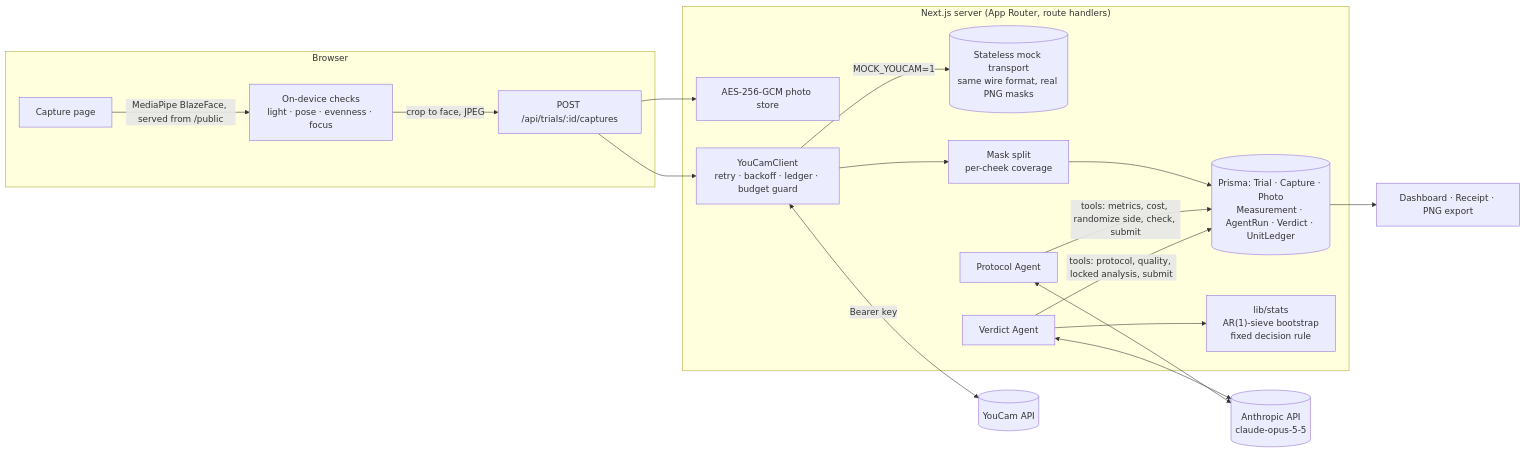
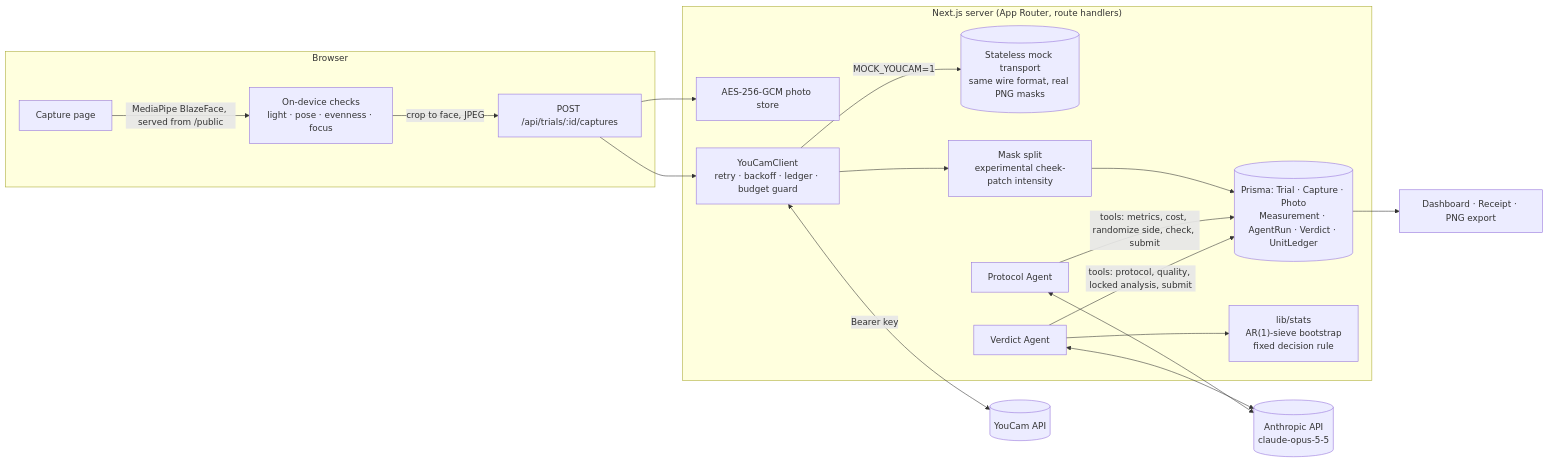
One commit to Metrix187/receipts-skincare-trials changed the diagram in README.md. Above: the diagram before and after it, drawn with Mermaid. The commit also changed other lines of this file and 7 other files, not shown here.

````diff
--- a/README.md
+++ b/README.md
@@ -54,21 +54,21 @@
 ```mermaid
 flowchart LR
   subgraph Browser
     A[Capture page] -->|"MediaPipe BlazeFace, served from /public"| B["On-device checks<br/>light · pose · evenness · focus"]
     B -->|crop to face, JPEG| C["POST /api/trials/:id/captures"]
   end
   subgraph "Next.js server (App Router, route handlers)"
     C --> D[AES-256-GCM photo store]
     C --> E["YouCamClient<br/>retry · backoff · ledger · budget guard"]
     E -->|MOCK_YOUCAM=1| M[("Stateless mock transport<br/>same wire format, real PNG masks")]
-    E --> F["Mask split<br/>per-cheek coverage"]
+    E --> F["Mask split<br/>experimental cheek-patch intensity"]
     F --> G[("Prisma: Trial · Capture · Photo<br/>Measurement · AgentRun · Verdict · UnitLedger")]
     H[Protocol Agent] -->|"tools: metrics, cost, randomize side, check, submit"| G
     I[Verdict Agent] -->|"tools: protocol, quality, locked analysis, submit"| G
     I --> S["lib/stats<br/>AR(1)-sieve bootstrap<br/>fixed decision rule"]
   end
   E <-->|Bearer key| Y[("YouCam API")]
   H <--> AN[("Anthropic API<br/>claude-opus-5-5")]
   I <--> AN
   G --> R["Dashboard · Receipt · PNG export"]
 ```
````
